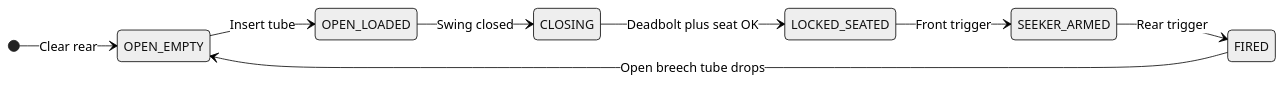
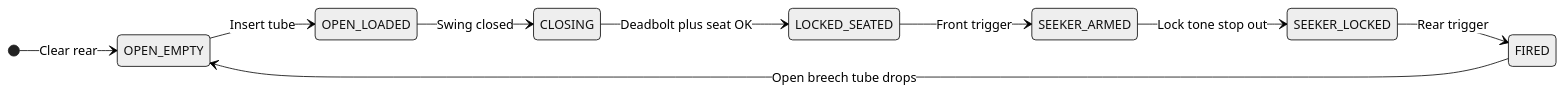
The first of 2 diagrams in annexes/F-employment-and-breech.md (FratresMedAI/RADR-mk.60), drawn with Mermaid (neutral theme) before and after one commit. The commit also changed other lines of this file and 23 other files, not shown here.

````diff
--- a/annexes/F-employment-and-breech.md
+++ b/annexes/F-employment-and-breech.md
@@ -94,11 +113,12 @@
 ```mermaid
 stateDiagram-v2
   direction LR
   [*] --> OPEN_EMPTY: Clear rear
   OPEN_EMPTY --> OPEN_LOADED: Insert tube
   OPEN_LOADED --> CLOSING: Swing closed
   CLOSING --> LOCKED_SEATED: Deadbolt plus seat OK
   LOCKED_SEATED --> SEEKER_ARMED: Front trigger
-  SEEKER_ARMED --> FIRED: Rear trigger
+  SEEKER_ARMED --> SEEKER_LOCKED: Lock tone stop out
+  SEEKER_LOCKED --> FIRED: Rear trigger
   FIRED --> OPEN_EMPTY: Open breech tube drops
 ```
````
